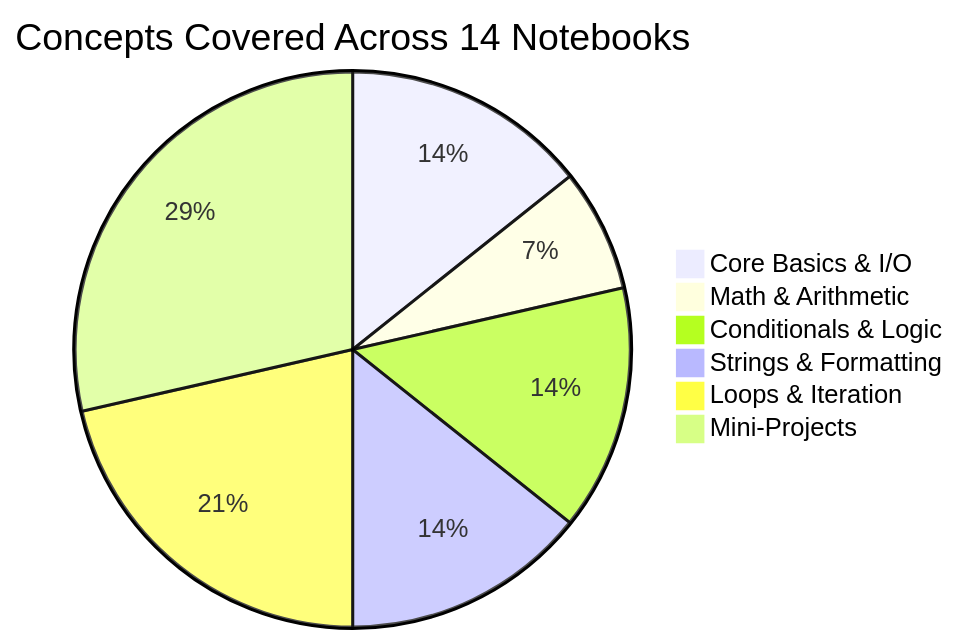
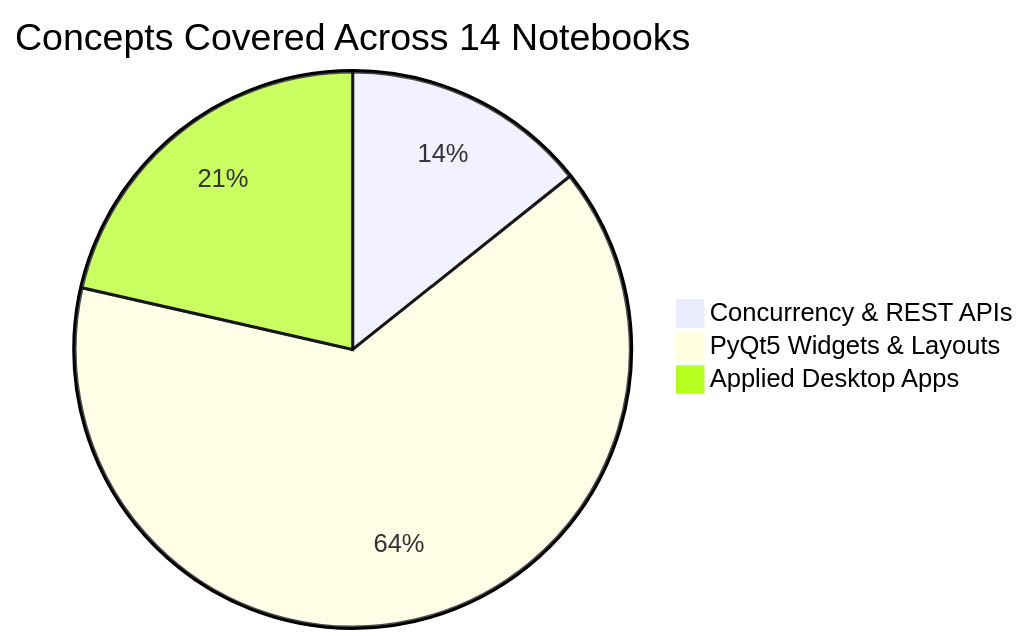
The first of 4 diagrams in Python By Bro Code/04-GUI-and-APIs/README.md (MuhammadZafran33/Algorithm-Arsenal), drawn with Mermaid before and after one commit. The commit also changed other lines of this file, not shown here.

````diff
--- a/Python By Bro Code/04-GUI-and-APIs/README.md
+++ b/Python By Bro Code/04-GUI-and-APIs/README.md
@@ -56,9 +57,6 @@
 ```mermaid
 pie title Concepts Covered Across 14 Notebooks
-    "Core Basics & I/O" : 2
-    "Math & Arithmetic" : 1
-    "Conditionals & Logic" : 2
-    "Strings & Formatting" : 2
-    "Loops & Iteration" : 3
-    "Mini-Projects" : 4
+    "Concurrency & REST APIs" : 2
+    "PyQt5 Widgets & Layouts" : 9
+    "Applied Desktop Apps" : 3
 ```
````
